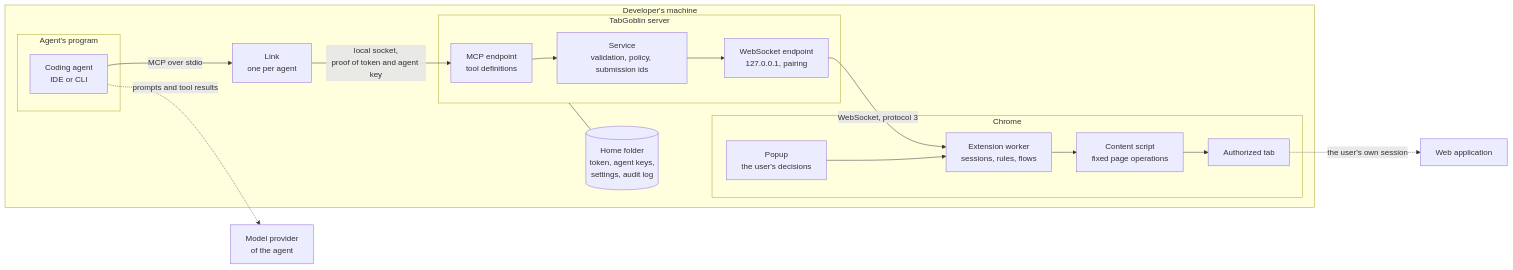
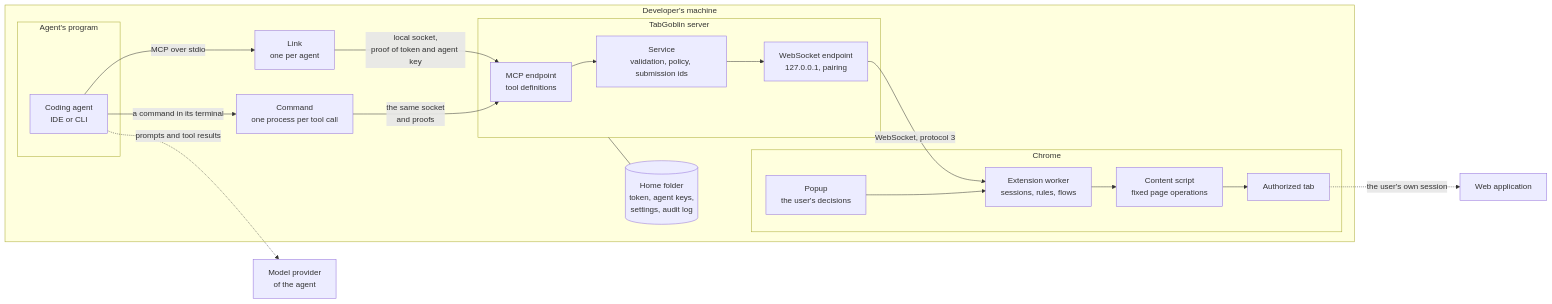
One commit to LaughingManCommits/TabGoblin changed the first of 7 diagrams in docs/architecture.md. Above: the diagram before and after it, drawn with Mermaid. The commit also changed other lines of this file and 28 other files, not shown here.

First line of the commit message:
The tools as commands of a terminal, for an agent without MCP

````diff
--- a/docs/architecture.md
+++ b/docs/architecture.md
@@ -15,31 +15,33 @@
 ```mermaid
 flowchart LR
   subgraph local["Developer's machine"]
     subgraph agentp["Agent's program"]
       AGENT["Coding agent<br/>IDE or CLI"]
     end
     LINK["Link<br/>one per agent"]
+    CMD["Command<br/>one process per tool call"]
     subgraph serverp["TabGoblin server"]
       MCP["MCP endpoint<br/>tool definitions"]
       SVC["Service<br/>validation, policy, submission ids"]
       WS["WebSocket endpoint<br/>127.0.0.1, pairing"]
     end
     subgraph chrome["Chrome"]
       BG["Extension worker<br/>sessions, rules, flows"]
       POPUP["Popup<br/>the user's decisions"]
       CS["Content script<br/>fixed page operations"]
       TAB["Authorized tab"]
     end
     FILES[("Home folder<br/>token, agent keys,<br/>settings, audit log")]
   end
   MODEL["Model provider<br/>of the agent"]
   SITE["Web application"]
 
   AGENT -- "MCP over stdio" --> LINK -- "local socket,<br/>proof of token and agent key" --> MCP --> SVC --> WS
+  AGENT -- "a command in its terminal" --> CMD -- "the same socket<br/>and proofs" --> MCP
   WS -- "WebSocket, protocol 3" --> BG
   POPUP --> BG
   BG --> CS --> TAB
   serverp --- FILES
   AGENT -. "prompts and tool results" .-> MODEL
   TAB -. "the user's own session" .-> SITE
 ```
````
